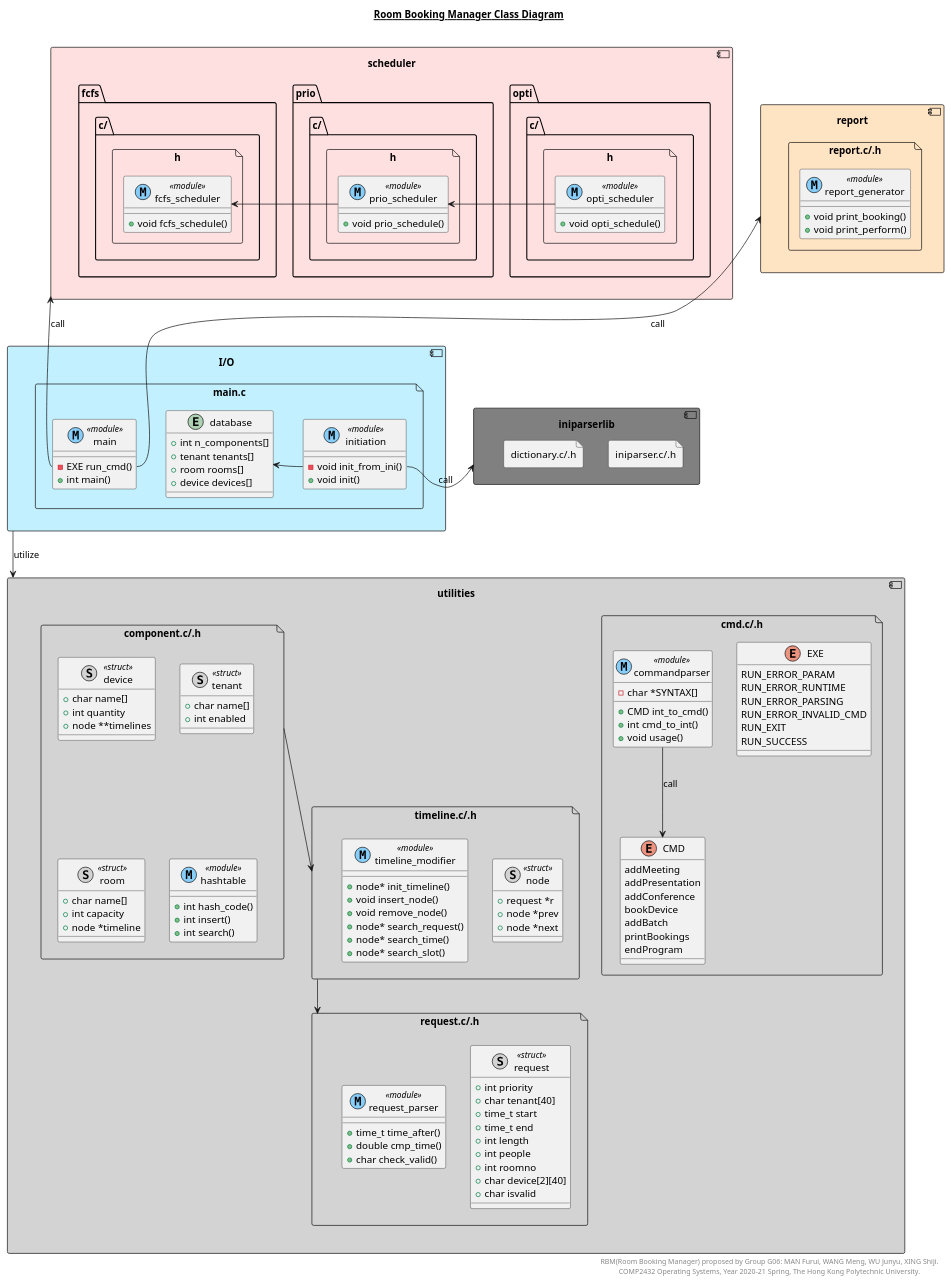
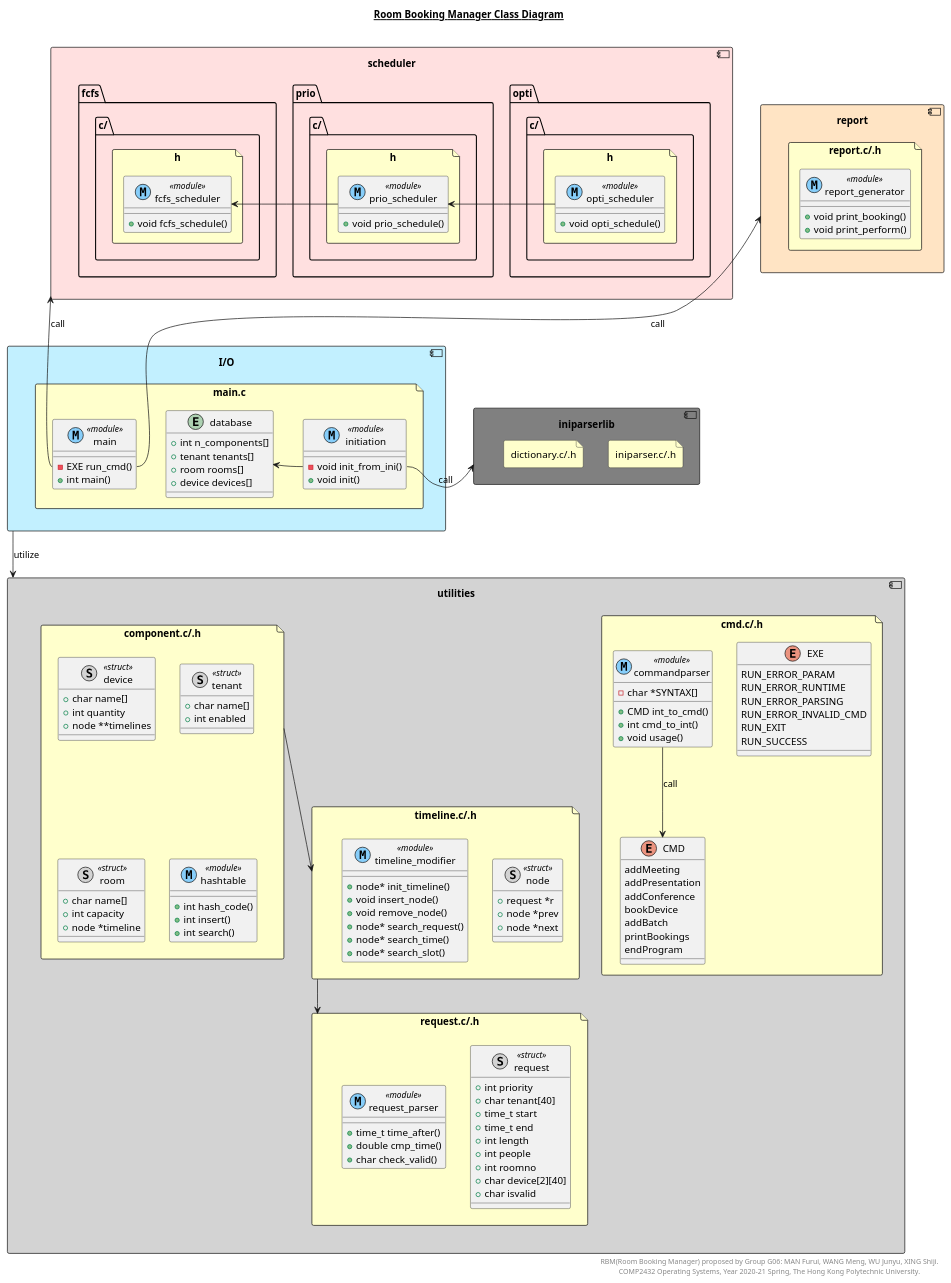
Before and after one commit to toolsmax0/COMP2432_RBM: the diagram in res/uml/class_diagram.puml, drawn with PlantUML. The commit also changed 3 other files, not shown here.

Commit message:
/res/uml file background fixes

```diff
--- a/res/uml/class_diagram.puml
+++ b/res/uml/class_diagram.puml
@@ -1,157 +1,158 @@
 @startuml
 title __Room Booking Manager Class Diagram__\n
 
 skinparam BackgroundColor transparent
+skinparam FileBackgroundColor business
 
 component report #bisque {
     file reportfile as "report.c/.h" {
         class report_generator <<(M, lightskyblue) module>> {
             +void print_booking()
             +void print_perform()
         }
     }
 }
 component scheduler #implementation {
     file opti.c/.h {
         class opti_scheduler <<(M, lightskyblue) module>> {
             +void opti_schedule()
         }
     }
     file prio.c/.h {
         class prio_scheduler <<(M, lightskyblue) module>> {
             +void prio_schedule()
         }
     }
     file fcfs.c/.h {
         class fcfs_scheduler <<(M, lightskyblue) module>> {
             +void fcfs_schedule()
         }
     }
     opti_scheduler -> prio_scheduler
     prio_scheduler -> fcfs_scheduler
 }
 component utilities #lightgray {
     file cmd as "cmd.c/.h" {
         enum EXE {
             RUN_ERROR_PARAM         
             RUN_ERROR_RUNTIME       
             RUN_ERROR_PARSING       
             RUN_ERROR_INVALID_CMD   
             RUN_EXIT                
             RUN_SUCCESS
         }
         enum CMD {
             addMeeting     
             addPresentation
             addConference  
             bookDevice     
             addBatch       
             printBookings  
             endProgram     
         }
         class commandparser <<(M, lightskyblue) module>> {
             -char *SYNTAX[]
             +CMD int_to_cmd()
             +int cmd_to_int()
             +void usage()
         }
         commandparser -down-> CMD :call
     }
     file componentc as "component.c/.h" {
         class device <<(S, lightgray) struct>> {
             +char name[]
             +int quantity
             +node **timelines
         }
         class tenant <<(S, lightgray) struct>> {
             +char name[]
             +int enabled
         }
         class room <<(S, lightgray) struct>> {
             +char name[]
             +int capacity
             +node *timeline
         }
         class hashtable <<(M, lightskyblue) module>> {
             +int hash_code()
             +int insert()
             +int search()
         }
     }
     file requestc as "request.c/.h" {
         class request <<(S, lightgray) struct>> {
             +int priority
             +char tenant[40]
             +time_t start
             +time_t end
             +int length
             +int people
             +int roomno 
             +char device[2][40]
             +char isvalid 
         }
         class request_parser <<(M, lightskyblue) module>> {
             +time_t time_after()
             +double cmp_time()
             +char check_valid()
         }
     }
     file timelinec as "timeline.c/.h" {
         class node <<(S, lightgray) struct>> {
             +request *r
             +node *prev
             +node *next
         }
         class timeline_modifier <<(M, lightskyblue) module>> {
             +node* init_timeline()
             +void insert_node()
             +void remove_node()
             +node* search_request()
             +node* search_time()
             +node* search_slot()
         }
     }
     
     componentc --> timelinec
     timelinec --> requestc
 }
 component iniparserlib #gray {
     file iniparser as "iniparser.c/.h" {
     }
     file dictionary as "dictionary.c/.h" {
     }
     ' iniparser -down-> dictionary
 }
 component IO as "I/O" #application {
     file mainc as "main.c" {
         class main <<(M, lightskyblue) module>> {
             -EXE run_cmd()
             +int main()
         }
         class initiation <<(M, lightskyblue) module>> {
             -void init_from_ini()
             +void init()
         }
         entity database {
             +int n_components[]
             +tenant tenants[]
             +room rooms[]
             +device devices[]
         }
 
         initiation::init_from_ini -left-> database 
     }
 }
 
 main::run_cmd -up-> scheduler :call
 IO -down-> utilities :utilize
 main::run_cmd -up-> report :call
 
 initiation::init_from_ini -> iniparserlib :call
 
 right footer
 RBM(Room Booking Manager) proposed by Group G06: MAN Furui, WANG Meng, WU Junyu, XING Shiji.
 COMP2432 Operating Systems, Year 2020-21 Spring, The Hong Kong Polytechnic University.
 endfooter
 
 @enduml
```
